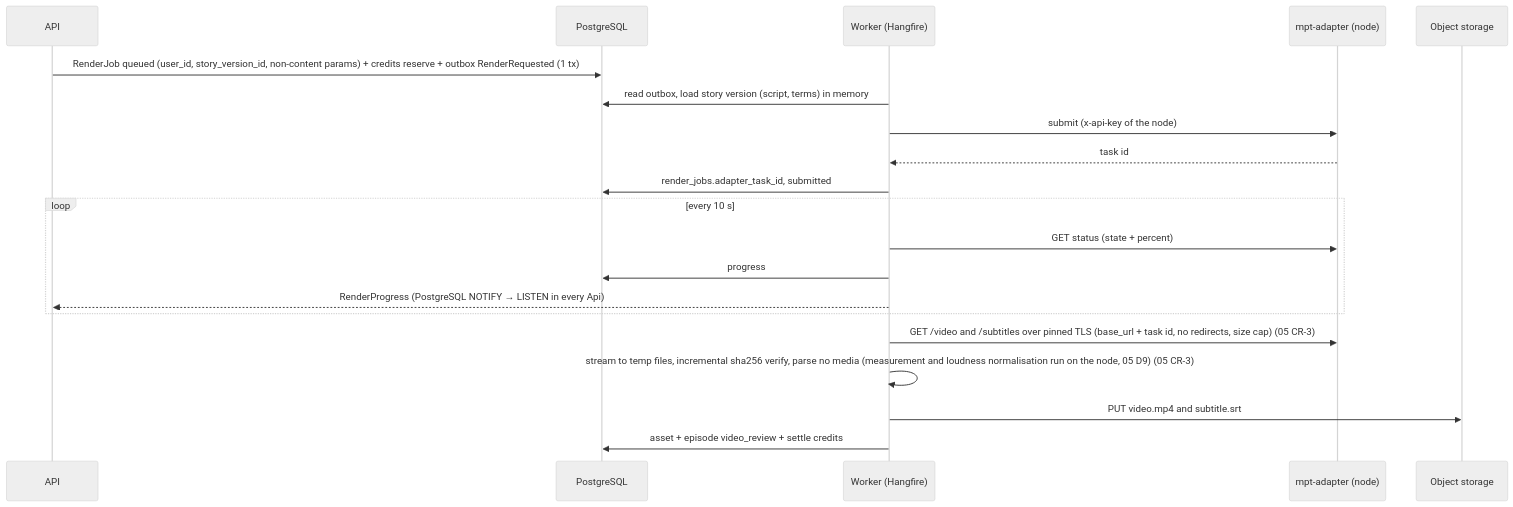
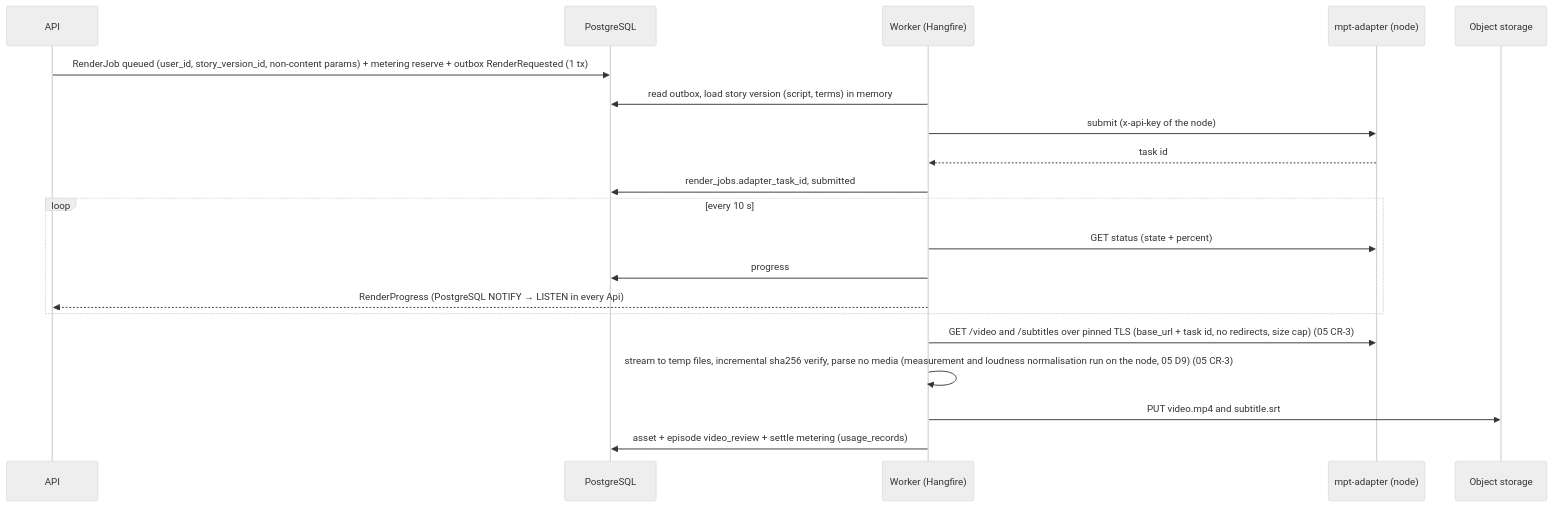
One commit to anglesen1120/NightTalesStudio changed the diagram in plans/09-backend-api.md. Above: the diagram before and after it, drawn with Mermaid (neutral theme). The commit also changed other lines of this file and 335 other files, not shown here.

````diff
--- a/plans/09-backend-api.md
+++ b/plans/09-backend-api.md
@@ -460,22 +367,22 @@
 ```mermaid
 sequenceDiagram
   participant API
   participant DB as PostgreSQL
   participant W as Worker (Hangfire)
   participant A as mpt-adapter (node)
   participant S as Object storage
-  API->>DB: RenderJob queued (user_id, story_version_id, non-content params) + credits reserve + outbox RenderRequested (1 tx)
+  API->>DB: RenderJob queued (user_id, story_version_id, non-content params) + metering reserve + outbox RenderRequested (1 tx)
   W->>DB: read outbox, load story version (script, terms) in memory
   W->>A: submit (x-api-key of the node)
   A-->>W: task id
   W->>DB: render_jobs.adapter_task_id, submitted
   loop every 10 s
     W->>A: GET status (state + percent)
     W->>DB: progress
     W-->>API: RenderProgress (PostgreSQL NOTIFY → LISTEN in every Api)
   end
   W->>A: GET /video and /subtitles over pinned TLS (base_url + task id, no redirects, size cap) (05 CR-3)
   W->>W: stream to temp files, incremental sha256 verify, parse no media (measurement and loudness normalisation run on the node, 05 D9) (05 CR-3)
   W->>S: PUT video.mp4 and subtitle.srt
-  W->>DB: asset + episode video_review + settle credits
+  W->>DB: asset + episode video_review + settle metering (usage_records)
 ```
````
